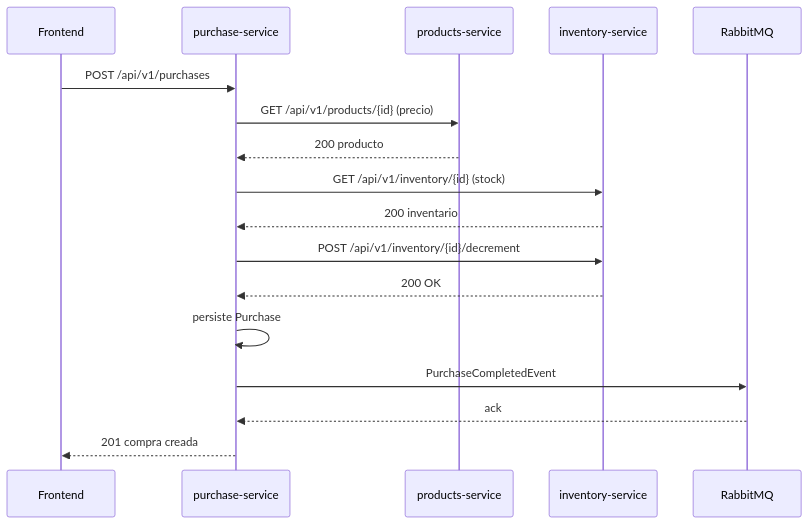
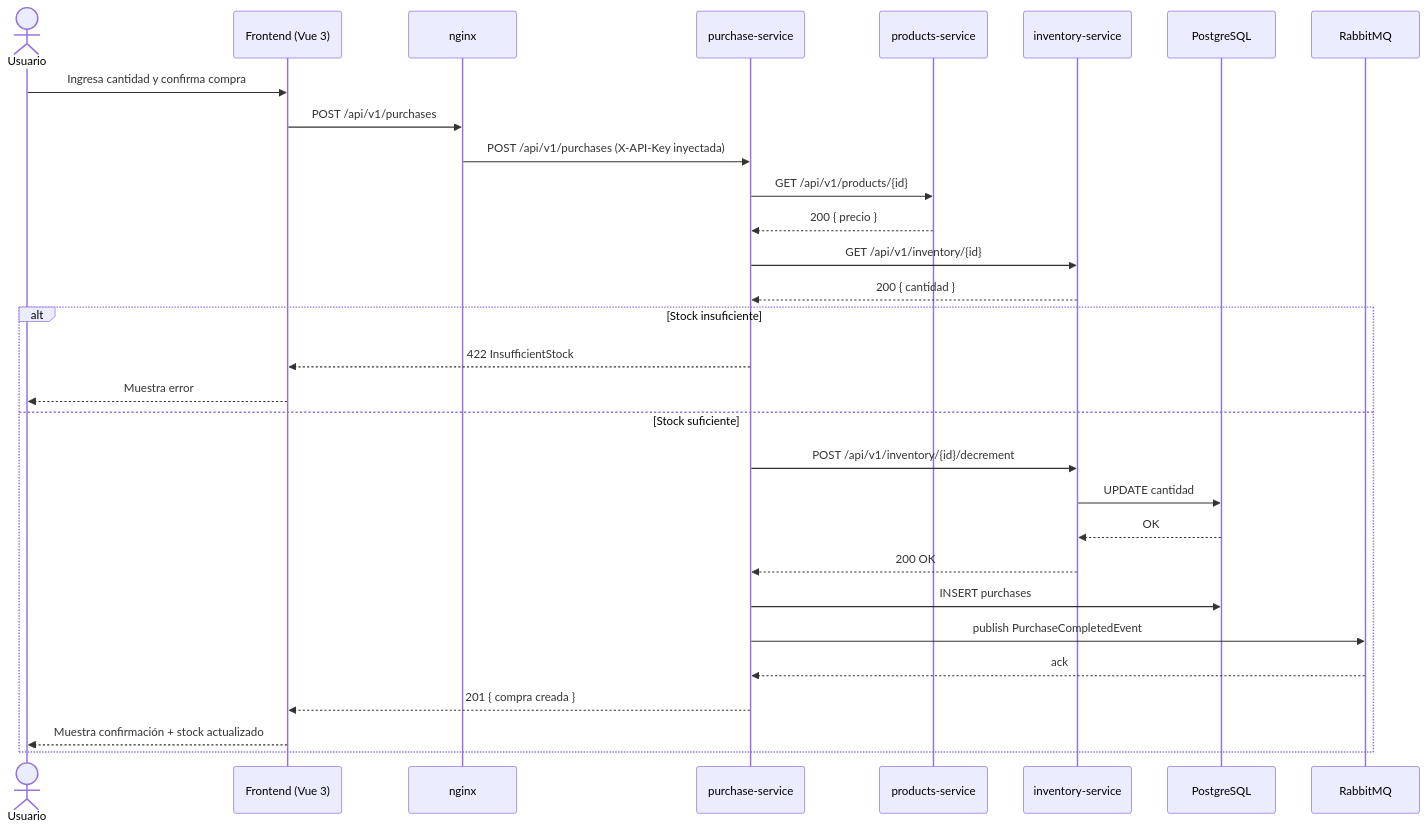
Before and after one commit to aescorcia1993/inventory-fullStack: the diagram in README.md, drawn with Mermaid. The commit also changed other lines of this file, not shown here.

````diff
--- a/README.md
+++ b/README.md
@@ -39,20 +141,37 @@
 ```mermaid
 sequenceDiagram
-    participant FE as Frontend
+    actor Usuario
+    participant FE as Frontend (Vue 3)
+    participant NG as nginx
     participant PUS as purchase-service
     participant PS as products-service
     participant IS as inventory-service
+    participant DB as PostgreSQL
     participant RMQ as RabbitMQ
 
-    FE->>PUS: POST /api/v1/purchases
-    PUS->>PS: GET /api/v1/products/{id}  (precio)
-    PS-->>PUS: 200 producto
-    PUS->>IS: GET /api/v1/inventory/{id}  (stock)
-    IS-->>PUS: 200 inventario
-    PUS->>IS: POST /api/v1/inventory/{id}/decrement
-    IS-->>PUS: 200 OK
-    PUS->>PUS: persiste Purchase
-    PUS->>RMQ: PurchaseCompletedEvent
-    RMQ-->>PUS: ack
-    PUS-->>FE: 201 compra creada
+    Usuario->>FE: Ingresa cantidad y confirma compra
+    FE->>NG: POST /api/v1/purchases
+    NG->>PUS: POST /api/v1/purchases (X-API-Key inyectada)
+
+    PUS->>PS: GET /api/v1/products/{id}
+    PS-->>PUS: 200 { precio }
+
+    PUS->>IS: GET /api/v1/inventory/{id}
+    IS-->>PUS: 200 { cantidad }
+
+    alt Stock insuficiente
+        PUS-->>FE: 422 InsufficientStock
+        FE-->>Usuario: Muestra error
+    else Stock suficiente
+        PUS->>IS: POST /api/v1/inventory/{id}/decrement
+        IS->>DB: UPDATE cantidad
+        DB-->>IS: OK
+        IS-->>PUS: 200 OK
+
+        PUS->>DB: INSERT purchases
+        PUS->>RMQ: publish PurchaseCompletedEvent
+        RMQ-->>PUS: ack
+        PUS-->>FE: 201 { compra creada }
+        FE-->>Usuario: Muestra confirmación + stock actualizado
+    end
 ```
````
